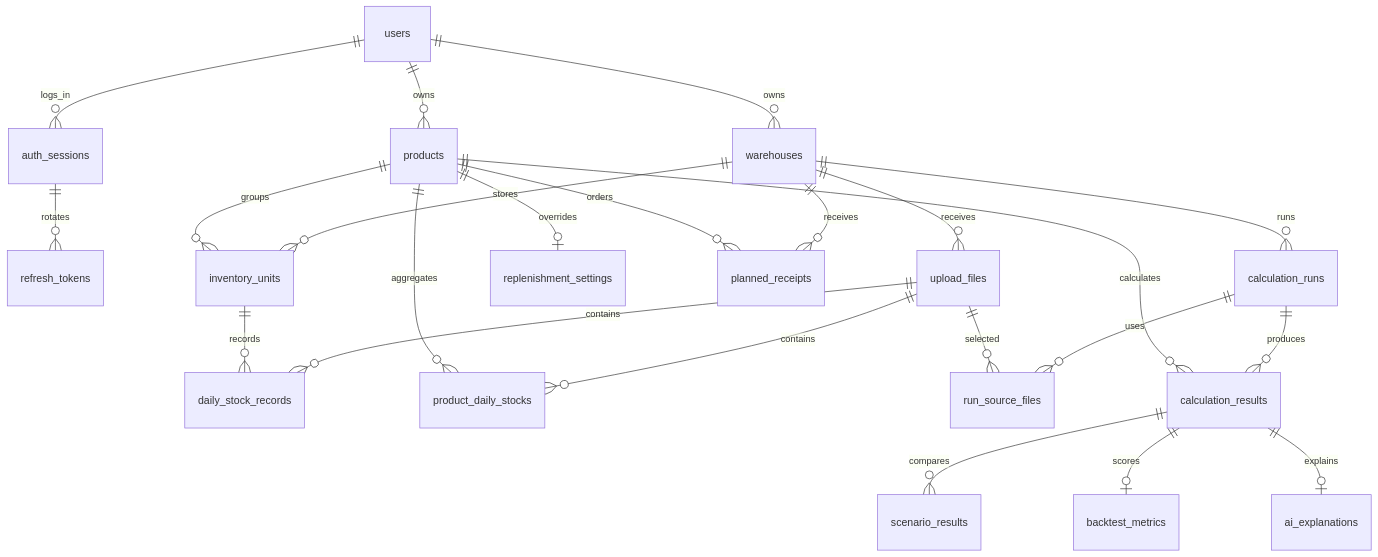
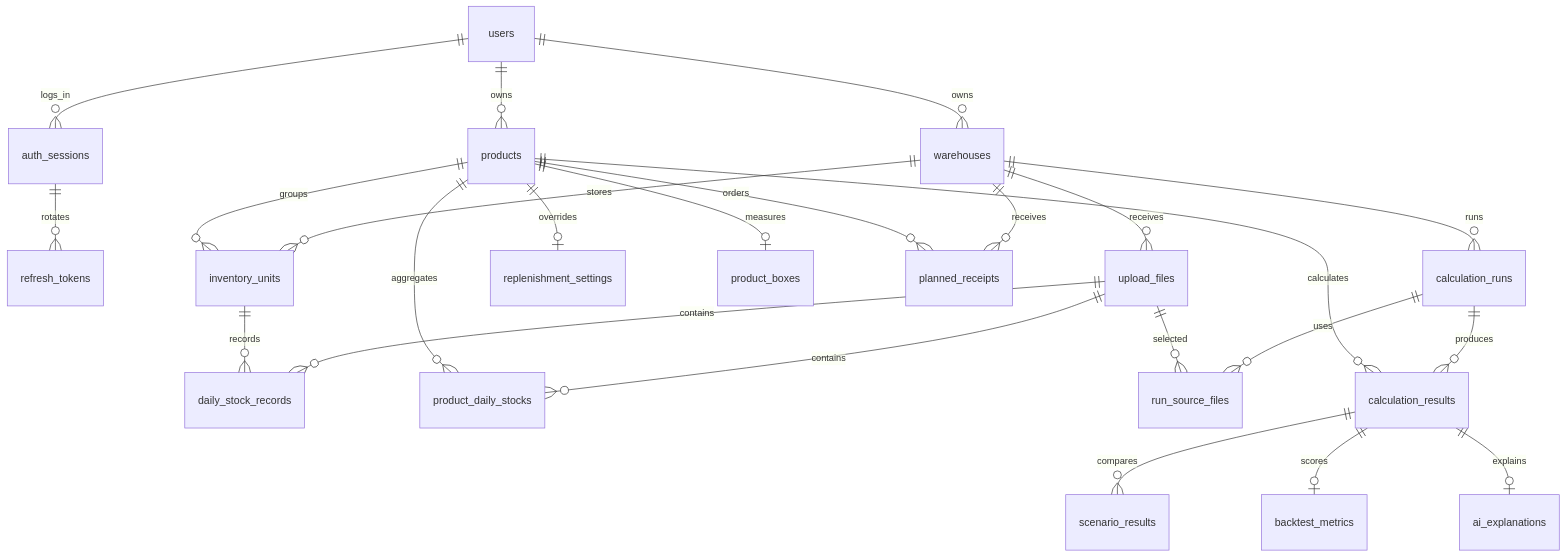
The diagram in docs/database/erd-v1.md (IpgoITGO/ipgo-server), drawn with Mermaid before and after one commit. The commit also changed other lines of this file and 11 other files, not shown here.

````diff
--- a/docs/database/erd-v1.md
+++ b/docs/database/erd-v1.md
@@ -12,28 +12,29 @@
 ```mermaid
 erDiagram
     users ||--o{ warehouses : owns
     users ||--o{ products : owns
     users ||--o{ auth_sessions : logs_in
     auth_sessions ||--o{ refresh_tokens : rotates
 
     warehouses ||--o{ inventory_units : stores
     products ||--o{ inventory_units : groups
     warehouses ||--o{ upload_files : receives
     products ||--o| replenishment_settings : overrides
+    products ||--o| product_boxes : measures
     warehouses ||--o{ planned_receipts : receives
     products ||--o{ planned_receipts : orders
 
     upload_files ||--o{ daily_stock_records : contains
     inventory_units ||--o{ daily_stock_records : records
     upload_files ||--o{ product_daily_stocks : contains
     products ||--o{ product_daily_stocks : aggregates
 
     warehouses ||--o{ calculation_runs : runs
     calculation_runs ||--o{ run_source_files : uses
     upload_files ||--o{ run_source_files : selected
     calculation_runs ||--o{ calculation_results : produces
     products ||--o{ calculation_results : calculates
     calculation_results ||--o{ scenario_results : compares
     calculation_results ||--o| backtest_metrics : scores
     calculation_results ||--o| ai_explanations : explains
 ```
````
